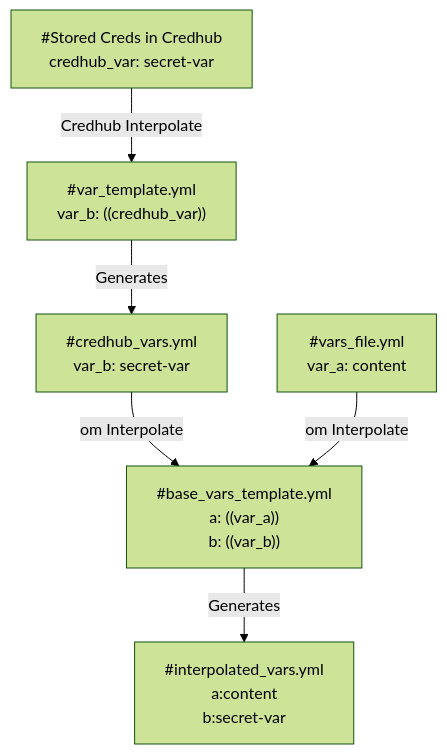
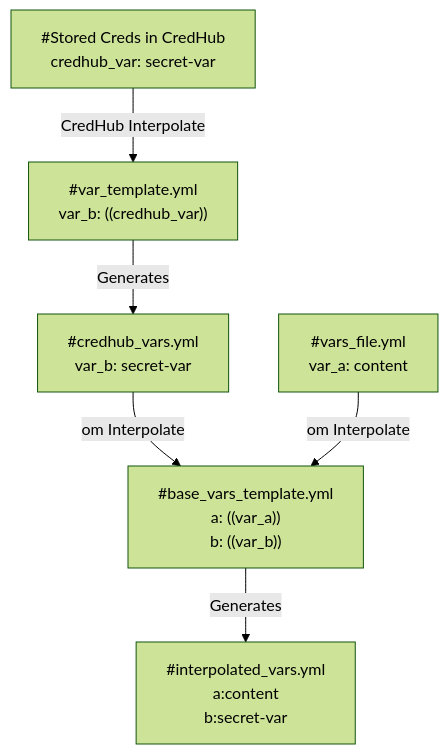
One commit to pivotal/docs-platform-automation changed the diagram in docs/variables-interpolate-flowchart-independent.mmd. Above: the diagram before and after it, drawn with Mermaid (forest theme). The commit also changed 15 other files, not shown here.

Commit message:
change to 'CredHub'

```diff
--- a/docs/variables-interpolate-flowchart-independent.mmd
+++ b/docs/variables-interpolate-flowchart-independent.mmd
@@ -1,14 +1,14 @@
 <div class="mermaid">
 graph TD;
 vars_1[#vars_file.yml<br/>var_a: content];
   secret_tmpl["#var_template.yml<br/>var_b: ((credhub_var))"];
-credhub[#Stored Creds in Credhub<br/>credhub_var: secret-var];
+credhub[#Stored Creds in CredHub<br/>credhub_var: secret-var];
   vars_2["#credhub_vars.yml<br/>var_b: secret-var"]
 base["#base_vars_template.yml<br/>a: ((var_a))<br/>b: ((var_b))"];
 generated["#interpolated_vars.yml<br/>a:content<br/>b:secret-var"];
-credhub -- Credhub Interpolate --> secret_tmpl;
+credhub -- CredHub Interpolate --> secret_tmpl;
 secret_tmpl -- Generates --> vars_2;
 vars_2 -- om Interpolate --> base;
 vars_1 -- om Interpolate --> base;
 base -- Generates --> generated;
 </div>
```
